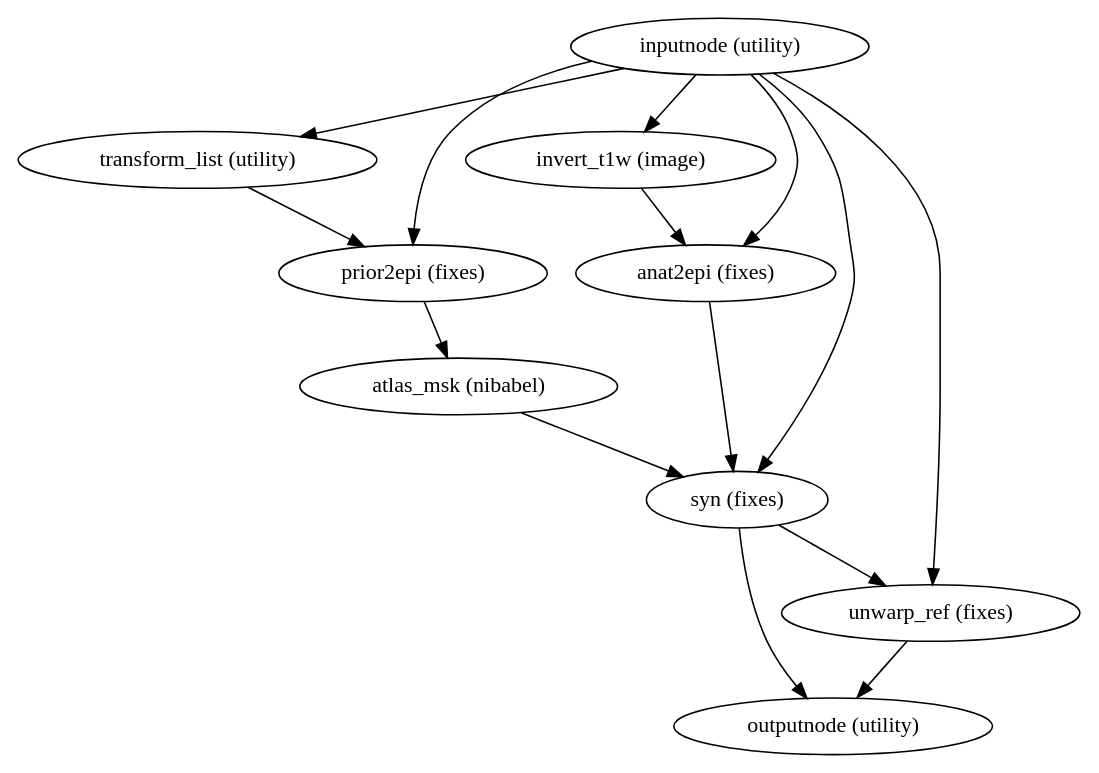
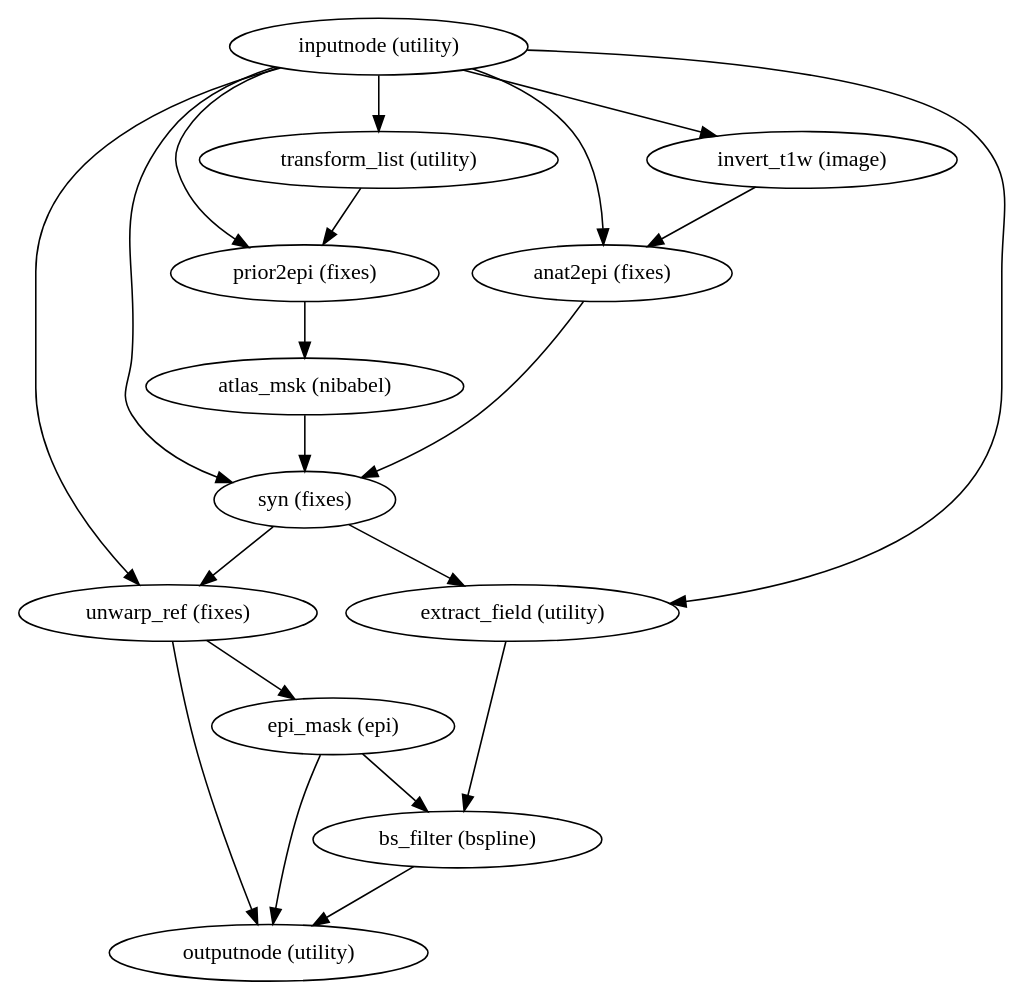
One commit to wayne009007/sdcflows changed the diagram in 2.0.0rc1/wf_directive/api/syn_sdc_wf/sdcflows-workflows-fit-syn-1.dot. Above: the diagram before and after it, drawn with Graphviz. The commit also changed 2947 other files, not shown here.

```diff
--- a/2.0.0rc1/wf_directive/api/syn_sdc_wf/sdcflows-workflows-fit-syn-1.dot
+++ b/2.0.0rc1/wf_directive/api/syn_sdc_wf/sdcflows-workflows-fit-syn-1.dot
@@ -1,25 +1,34 @@
 strict digraph  {
 "inputnode (utility)";
 "transform_list (utility)";
 "invert_t1w (image)";
 "anat2epi (fixes)";
 "syn (fixes)";
+"unwarp_ref (fixes)";
 "prior2epi (fixes)";
-"unwarp_ref (fixes)";
+"extract_field (utility)";
+"epi_mask (epi)";
 "outputnode (utility)";
 "atlas_msk (nibabel)";
+"bs_filter (bspline)";
 "inputnode (utility)" -> "transform_list (utility)";
 "inputnode (utility)" -> "invert_t1w (image)";
 "inputnode (utility)" -> "anat2epi (fixes)";
 "inputnode (utility)" -> "syn (fixes)";
+"inputnode (utility)" -> "unwarp_ref (fixes)";
 "inputnode (utility)" -> "prior2epi (fixes)";
-"inputnode (utility)" -> "unwarp_ref (fixes)";
+"inputnode (utility)" -> "extract_field (utility)";
 "transform_list (utility)" -> "prior2epi (fixes)";
 "invert_t1w (image)" -> "anat2epi (fixes)";
 "anat2epi (fixes)" -> "syn (fixes)";
-"syn (fixes)" -> "outputnode (utility)";
+"syn (fixes)" -> "extract_field (utility)";
 "syn (fixes)" -> "unwarp_ref (fixes)";
+"unwarp_ref (fixes)" -> "epi_mask (epi)";
+"unwarp_ref (fixes)" -> "outputnode (utility)";
 "prior2epi (fixes)" -> "atlas_msk (nibabel)";
-"unwarp_ref (fixes)" -> "outputnode (utility)";
+"extract_field (utility)" -> "bs_filter (bspline)";
+"epi_mask (epi)" -> "bs_filter (bspline)";
+"epi_mask (epi)" -> "outputnode (utility)";
 "atlas_msk (nibabel)" -> "syn (fixes)";
+"bs_filter (bspline)" -> "outputnode (utility)";
 }
```
